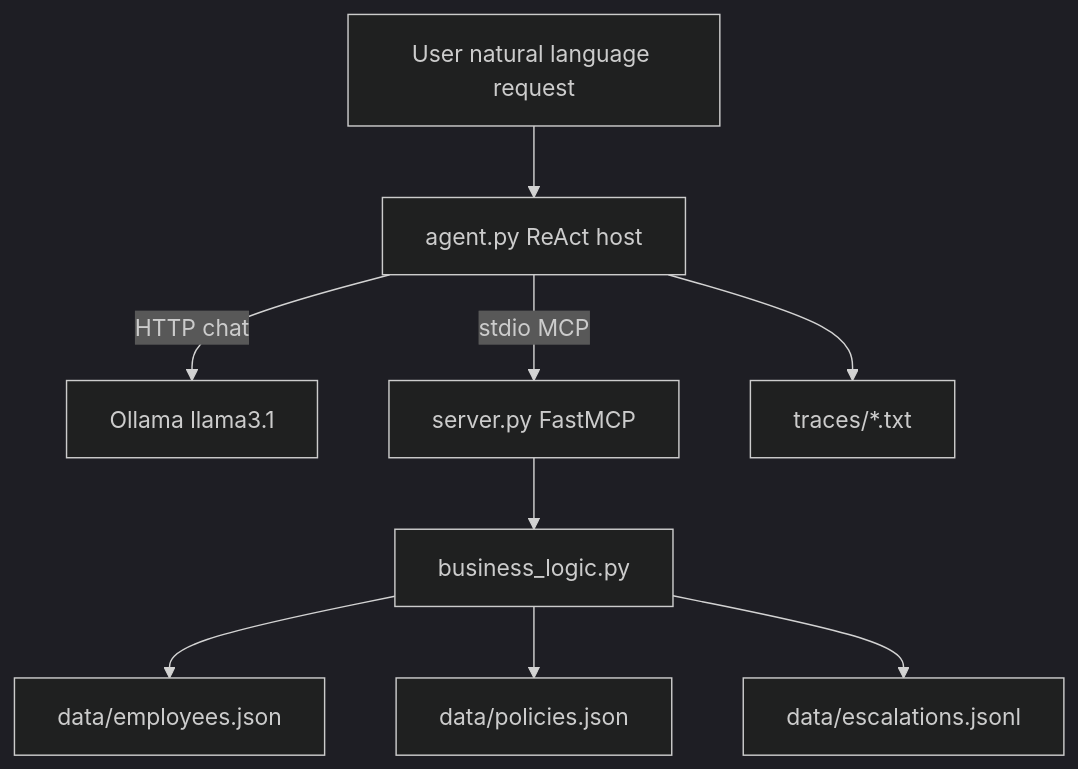
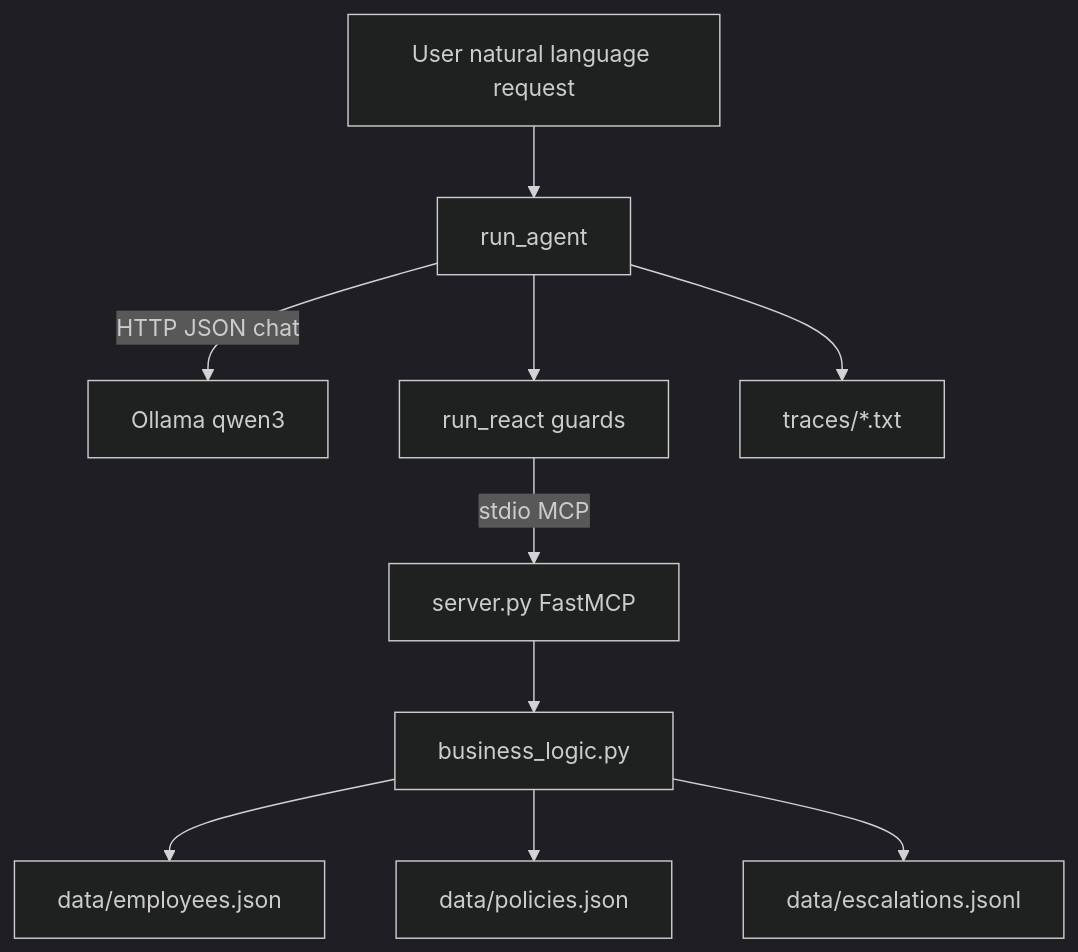
Before and after one commit to vidhikansara26/w7_mcp: the first of 2 diagrams in docs/architecture.md, drawn with Mermaid (dark theme). The commit also changed other lines of this file and 23 other files, not shown here.

````diff
--- a/docs/architecture.md
+++ b/docs/architecture.md
@@ -24,11 +24,12 @@
 ```mermaid
 flowchart TB
-  User[User natural language request] --> Agent[agent.py ReAct host]
-  Agent -->|HTTP chat| Ollama[Ollama llama3.1]
-  Agent -->|stdio MCP| Server[server.py FastMCP]
+  User[User natural language request] --> Host[run_agent]
+  Host -->|HTTP JSON chat| Ollama[Ollama qwen3]
+  Host --> Loop[run_react guards]
+  Loop -->|stdio MCP| Server[server.py FastMCP]
   Server --> BL[business_logic.py]
   BL --> Emp[data/employees.json]
   BL --> Pol[data/policies.json]
   BL --> Esc[data/escalations.jsonl]
-  Agent --> Trace[traces/*.txt]
+  Host --> Trace[traces/*.txt]
 ```
````
